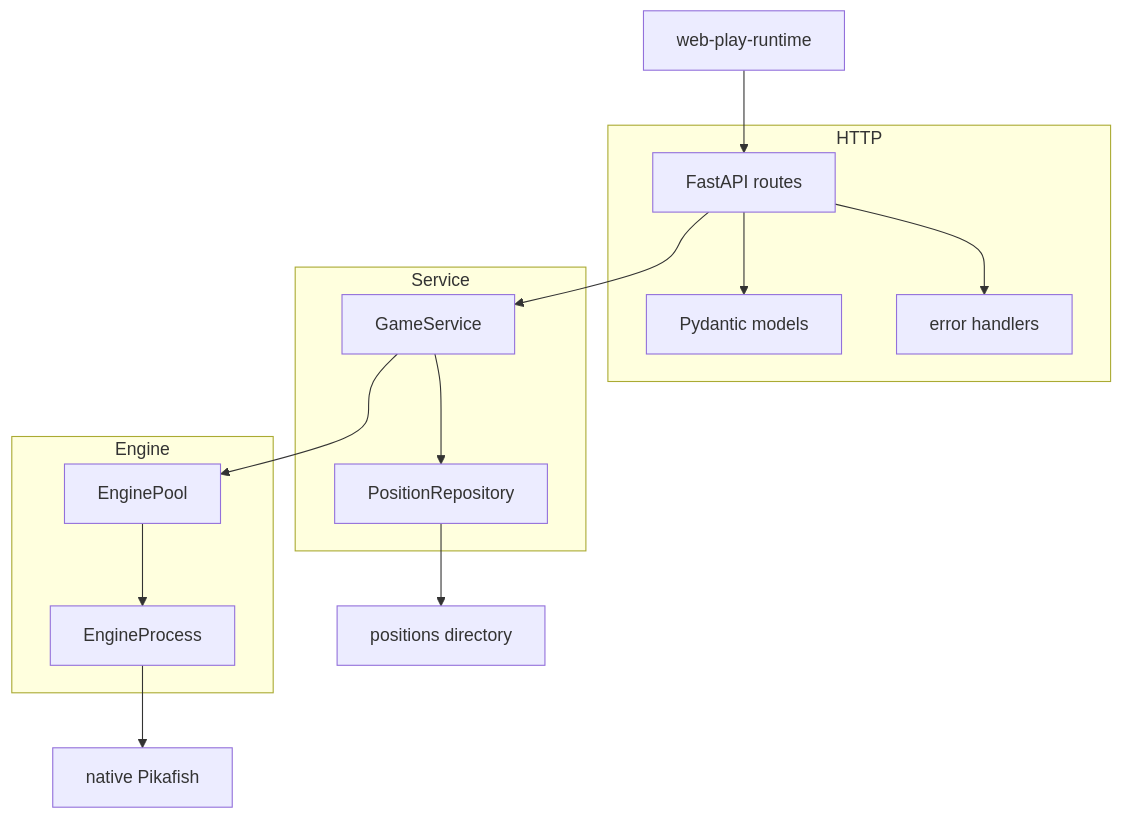
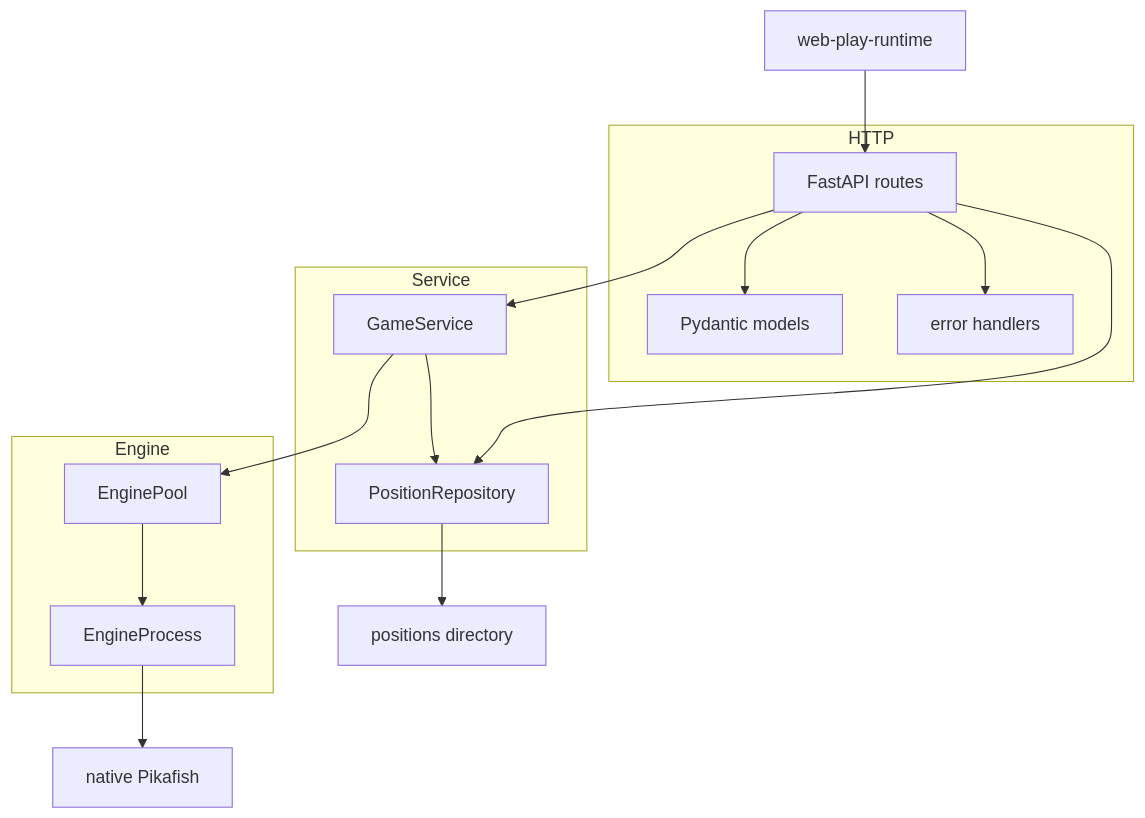
Before and after one commit to weii666/leetchess: the first of 3 diagrams in .kiro/specs/engine-service/design.md, drawn with Mermaid. The commit also changed other lines of this file and 3 other files, not shown here.

````diff
--- a/.kiro/specs/engine-service/design.md
+++ b/.kiro/specs/engine-service/design.md
@@ -131,29 +131,30 @@
 ```mermaid
 graph TB
     Client[web-play-runtime]
     subgraph HTTP
         Routes[FastAPI routes]
         Models[Pydantic models]
         ErrorHandler[error handlers]
     end
     subgraph Service
         GameService[GameService]
         PositionRepo[PositionRepository]
     end
     subgraph Engine
         Pool[EnginePool]
         Process[EngineProcess]
     end
     Pikafish[native Pikafish]
     PositionFiles[positions directory]
 
     Client --> Routes
     Routes --> Models
     Routes --> ErrorHandler
     Routes --> GameService
+    Routes --> PositionRepo
     GameService --> PositionRepo
     GameService --> Pool
     Pool --> Process
     Process --> Pikafish
     PositionRepo --> PositionFiles
 ```
````
